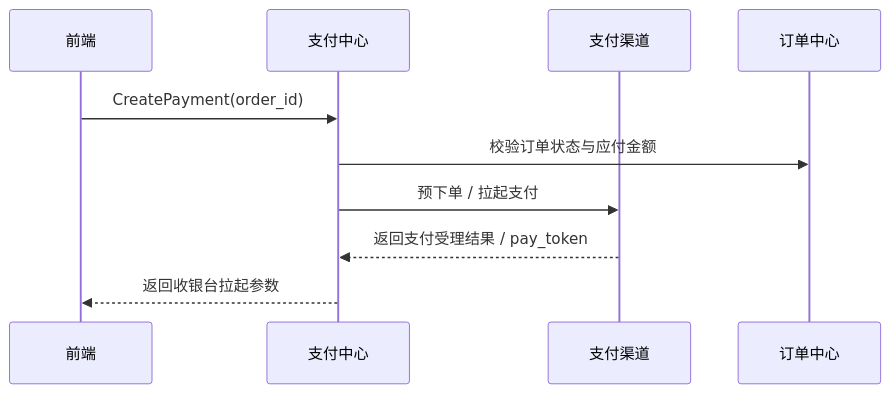
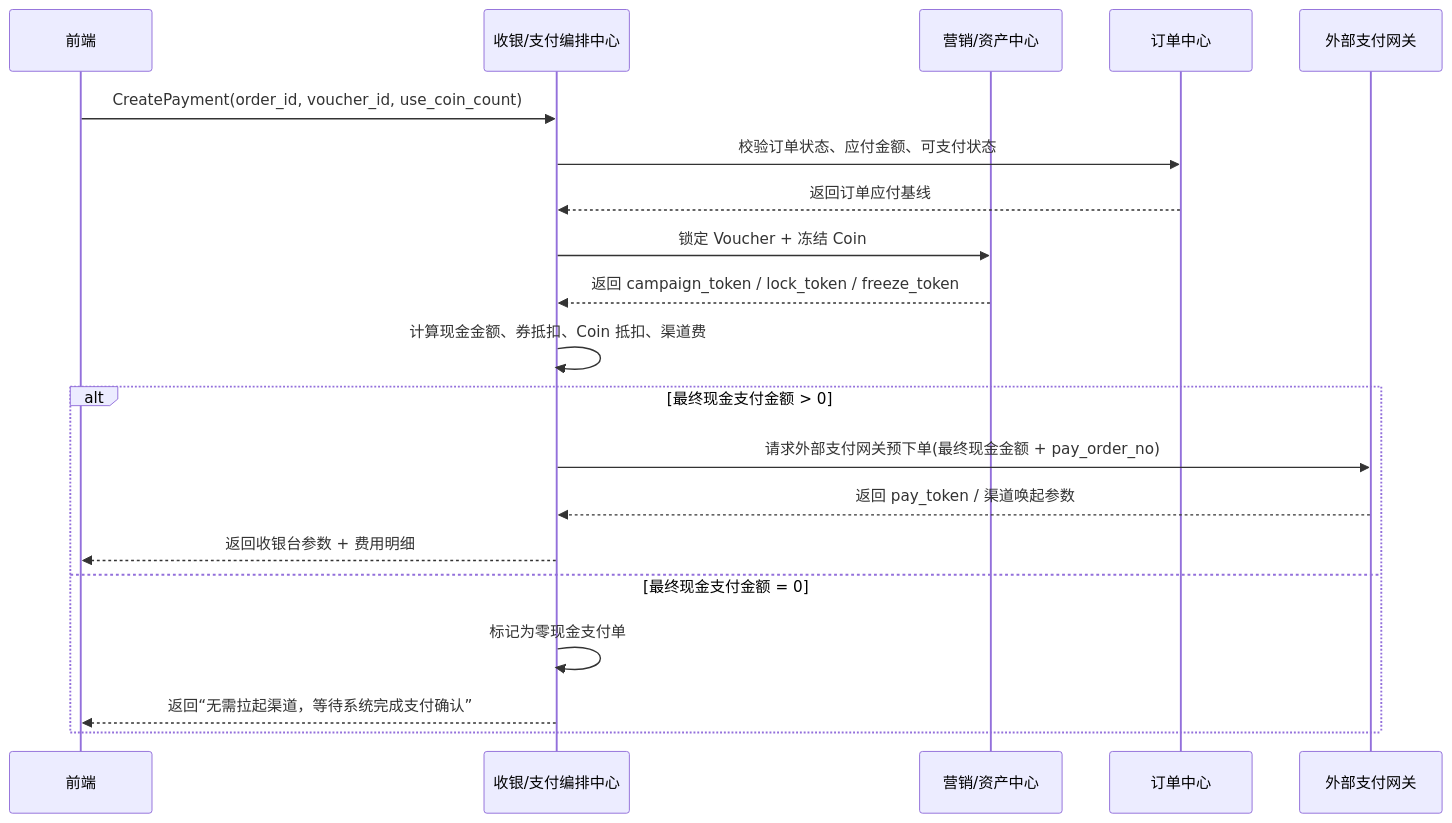
Before and after one commit to wxquare/wxquare.github.io: the eighth of 14 diagrams in books/system-design-architecture-book/src/part02/13-ecommerce-customer-lifecycle.md, drawn with Mermaid. The commit also changed other lines of this file and 2 other files, not shown here.

````diff
--- a/books/system-design-architecture-book/src/part02/13-ecommerce-customer-lifecycle.md
+++ b/books/system-design-architecture-book/src/part02/13-ecommerce-customer-lifecycle.md
@@ -1184,13 +1648,24 @@
 ```mermaid
 sequenceDiagram
     participant FE as 前端
-    participant PAY as 支付中心
-    participant CH as 支付渠道
+    participant PAY as 收银/支付编排中心
+    participant M as 营销/资产中心
     participant O as 订单中心
+    participant CH as 外部支付网关
 
-    FE->>PAY: CreatePayment(order_id)
-    PAY->>O: 校验订单状态与应付金额
-    PAY->>CH: 预下单 / 拉起支付
-    CH-->>PAY: 返回支付受理结果 / pay_token
-    PAY-->>FE: 返回收银台拉起参数
+    FE->>PAY: CreatePayment(order_id, voucher_id, use_coin_count)
+    PAY->>O: 校验订单状态、应付金额、可支付状态
+    O-->>PAY: 返回订单应付基线
+    PAY->>M: 锁定 Voucher + 冻结 Coin
+    M-->>PAY: 返回 campaign_token / lock_token / freeze_token
+    PAY->>PAY: 计算现金金额、券抵扣、Coin 抵扣、渠道费
+
+    alt 最终现金支付金额 > 0
+        PAY->>CH: 请求外部支付网关预下单(最终现金金额 + pay_order_no)
+        CH-->>PAY: 返回 pay_token / 渠道唤起参数
+        PAY-->>FE: 返回收银台参数 + 费用明细
+    else 最终现金支付金额 = 0
+        PAY->>PAY: 标记为零现金支付单
+        PAY-->>FE: 返回“无需拉起渠道，等待系统完成支付确认”
+    end
 ```
````
